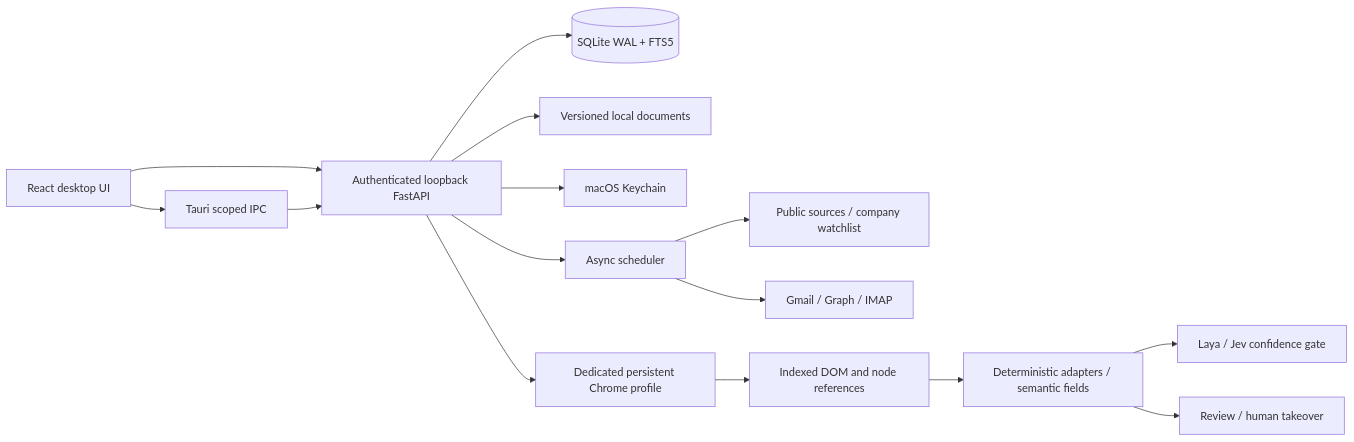
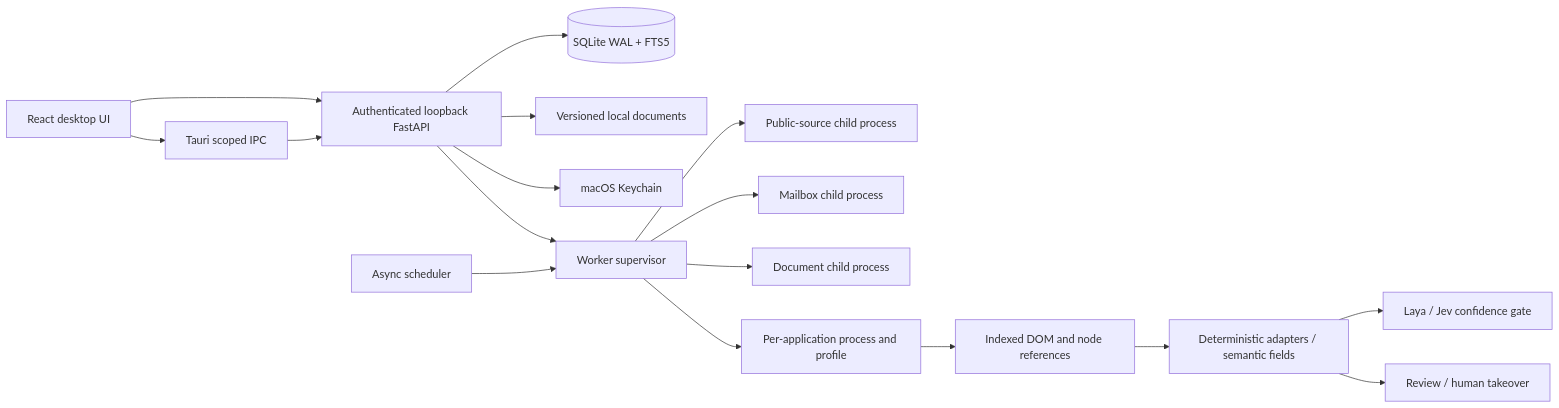
Before and after one commit to Ale-Newport/Job-search: the diagram in ARCHITECTURE.md, drawn with Mermaid. The commit also changed other lines of this file and 13 other files, not shown here.

````diff
--- a/ARCHITECTURE.md
+++ b/ARCHITECTURE.md
@@ -9,17 +9,19 @@
 ```mermaid
 flowchart LR
   UI[React desktop UI] --> IPC[Tauri scoped IPC]
   UI --> API[Authenticated loopback FastAPI]
   IPC --> API
   API --> DB[(SQLite WAL + FTS5)]
   API --> FS[Versioned local documents]
   API --> KC[macOS Keychain]
-  API --> Scheduler[Async scheduler]
-  Scheduler --> Discovery[Public sources / company watchlist]
-  Scheduler --> Mail[Gmail / Graph / IMAP]
-  API --> Browser[Dedicated persistent Chrome profile]
+  API --> Supervisor[Worker supervisor]
+  Scheduler[Async scheduler] --> Supervisor
+  Supervisor --> Discovery[Public-source child process]
+  Supervisor --> Mail[Mailbox child process]
+  Supervisor --> Documents[Document child process]
+  Supervisor --> Browser[Per-application process and profile]
   Browser --> DOM[Indexed DOM and node references]
   DOM --> Policy[Deterministic adapters / semantic fields]
   Policy --> Decision[Laya / Jev confidence gate]
   Policy --> Human[Review / human takeover]
 ```
````
